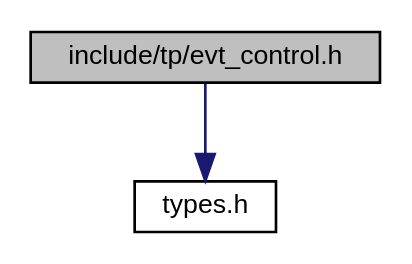
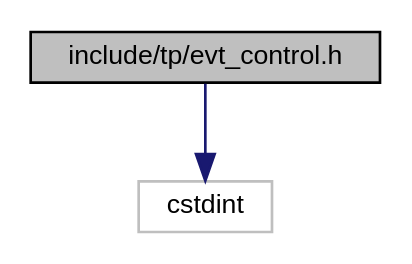
The diagram in docs/d9/d1f/evt__control_8h__incl.dot (zsrtp/libtp_rel), drawn with Graphviz before and after one commit. The commit also changed 476 other files, not shown here.

```diff
--- a/docs/d9/d1f/evt__control_8h__incl.dot
+++ b/docs/d9/d1f/evt__control_8h__incl.dot
@@ -1,9 +1,9 @@
 digraph "include/tp/evt_control.h"
 {
  // LATEX_PDF_SIZE
   edge [fontname="Helvetica",fontsize="10",labelfontname="Helvetica",labelfontsize="10"];
   node [fontname="Helvetica",fontsize="10",shape=record];
   Node1 [label="include/tp/evt_control.h",height=0.2,width=0.4,color="black", fillcolor="grey75", style="filled", fontcolor="black",tooltip="Holds members event & cutscene control field."];
   Node1 -> Node2 [color="midnightblue",fontsize="10",style="solid",fontname="Helvetica"];
-  Node2 [label="types.h",height=0.2,width=0.4,color="black", fillcolor="white", style="filled",URL="$d9/d49/types_8h.html",tooltip="Dolphin OS style types."];
+  Node2 [label="cstdint",height=0.2,width=0.4,color="grey75", fillcolor="white", style="filled",tooltip=" "];
 }
```
